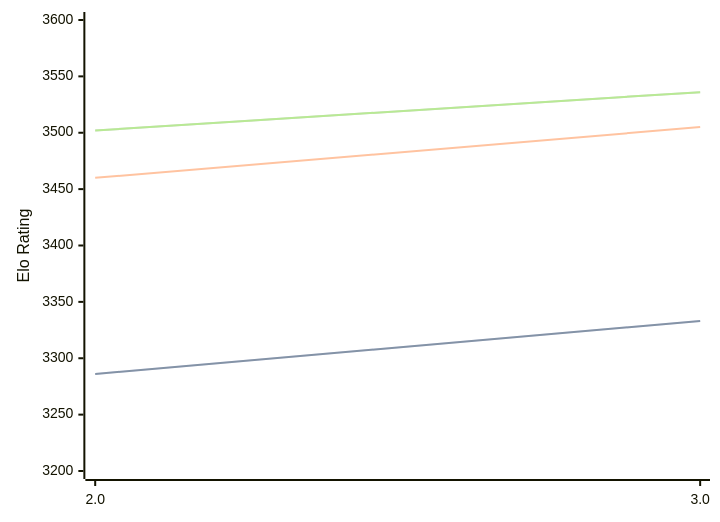
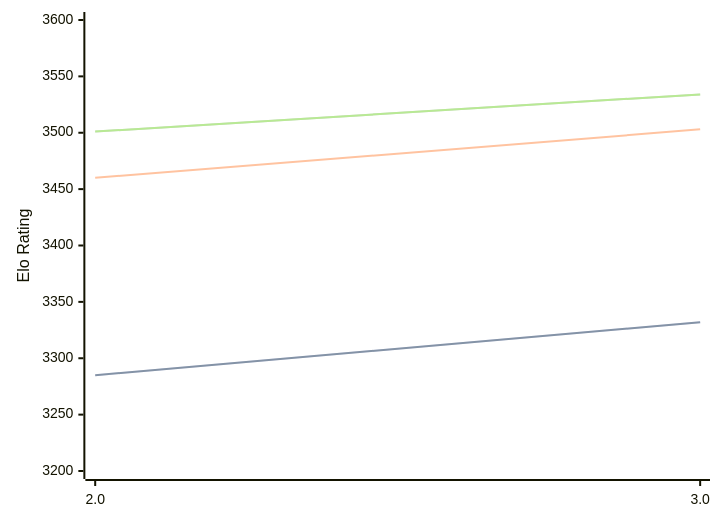
The diagram in engines/Quanticade.md (computer-chess-index/cci), drawn with Mermaid before and after one commit. The commit also changed other lines of this file, not shown here.

Commit message:
Update CCI Ratings (ELO VLTC) - 2026-08-04

````diff
--- a/engines/Quanticade.md
+++ b/engines/Quanticade.md
@@ -41,11 +41,11 @@
 ```mermaid
 %%{init: {"theme":"base","themeVariables":{"seriesColors:['#a3a3a3','#222221','#faa371']}}}%%
 xychart-beta
   x-axis ["2.0", "3.0"]
   y-axis "Elo Rating" 3200 --> 3600
-  line "STC (8.0+0.08s)" [3286, 3333]
-  line "STC (8.0+0.08s)" [3286, 3333]
-  line "LTC (60.0+0.60s)" [3460, 3505]
-  line "VLTC (2m24s+1.12s)" [3502, 3536]
-  line "VLTC (2m24s+1.12s)" [3502, 3536]
+  line "STC (8.0+0.08s)" [3285, 3332]
+  line "STC (8.0+0.08s)" [3285, 3332]
+  line "LTC (60.0+0.60s)" [3460, 3503]
+  line "VLTC (2m24s+1.12s)" [3501, 3534]
+  line "VLTC (2m24s+1.12s)" [3501, 3534]
 ```
````
